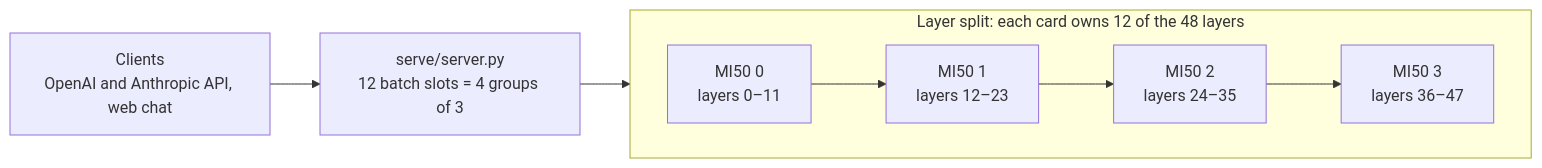
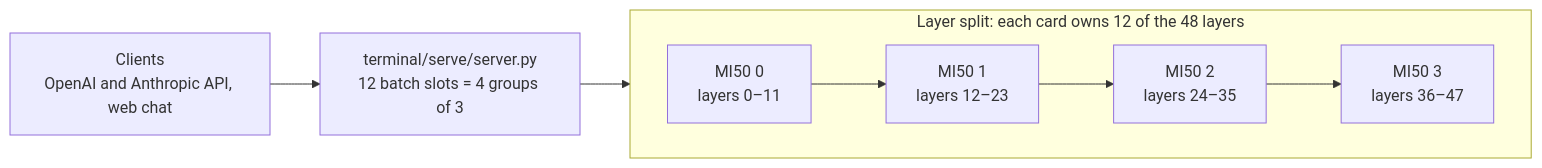
One commit to VlDubr/strata-mi50 changed the first of 2 diagrams in README.md. Above: the diagram before and after it, drawn with Mermaid. The commit also changed other lines of this file and 11 other files, not shown here.

````diff
--- a/README.md
+++ b/README.md
@@ -107,9 +104,9 @@
 ```mermaid
 flowchart LR
-    clients["Clients<br/>OpenAI and Anthropic API, web chat"] --> server["serve/server.py<br/>12 batch slots = 4 groups of 3"]
+    clients["Clients<br/>OpenAI and Anthropic API, web chat"] --> server["terminal/serve/server.py<br/>12 batch slots = 4 groups of 3"]
     server --> g0
     subgraph split["Layer split: each card owns 12 of the 48 layers"]
         direction LR
         g0["MI50 0<br/>layers 0–11"] --> g1["MI50 1<br/>layers 12–23"] --> g2["MI50 2<br/>layers 24–35"] --> g3["MI50 3<br/>layers 36–47"]
     end
 ```
````
